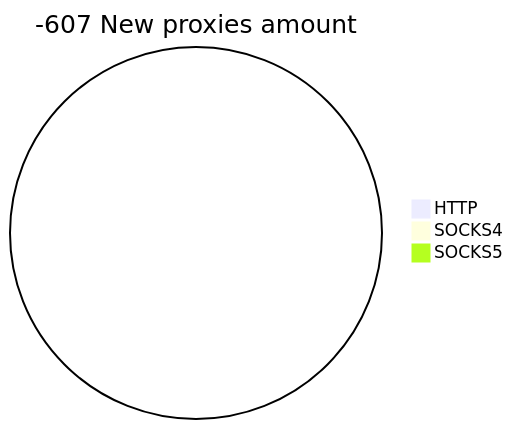
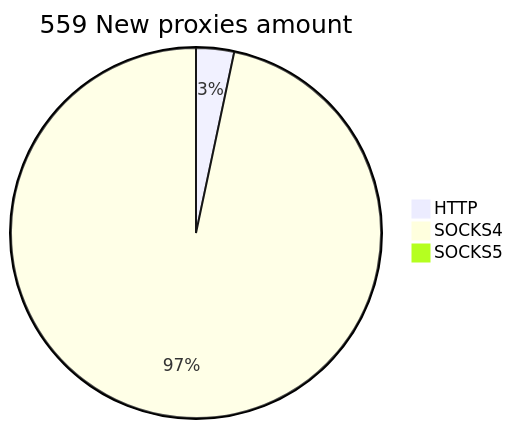
One commit to cutipu/proxylist changed the second of 2 diagrams in README.md. Above: the diagram before and after it, drawn with Mermaid. The commit also changed other lines of this file, not shown here.

````diff
--- a/README.md
+++ b/README.md
@@ -10,6 +10,6 @@
 ```mermaid
-pie title -607 New proxies amount
-    "HTTP" : 0
-    "SOCKS4" : 0
+pie title 559 New proxies amount
+    "HTTP" : 20
+    "SOCKS4" : 583
     "SOCKS5" : 0
 ```
````
